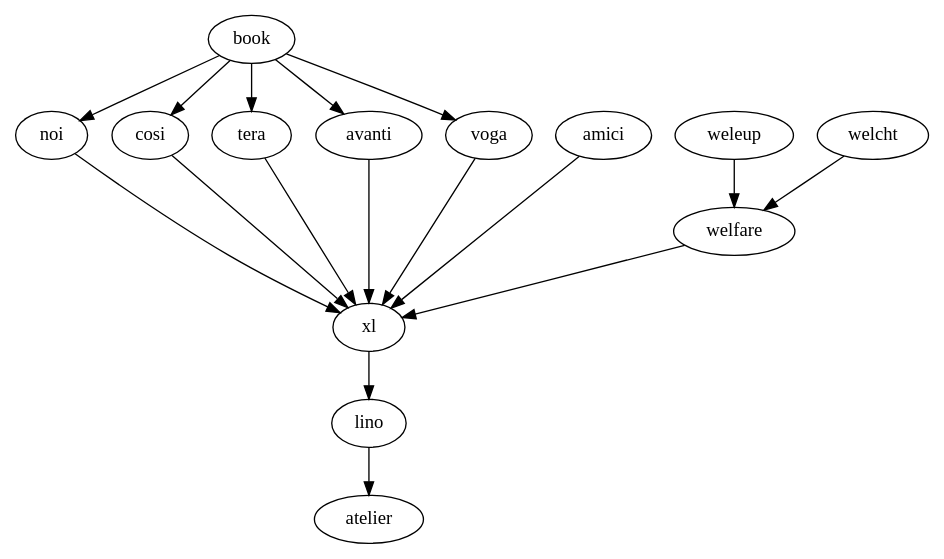
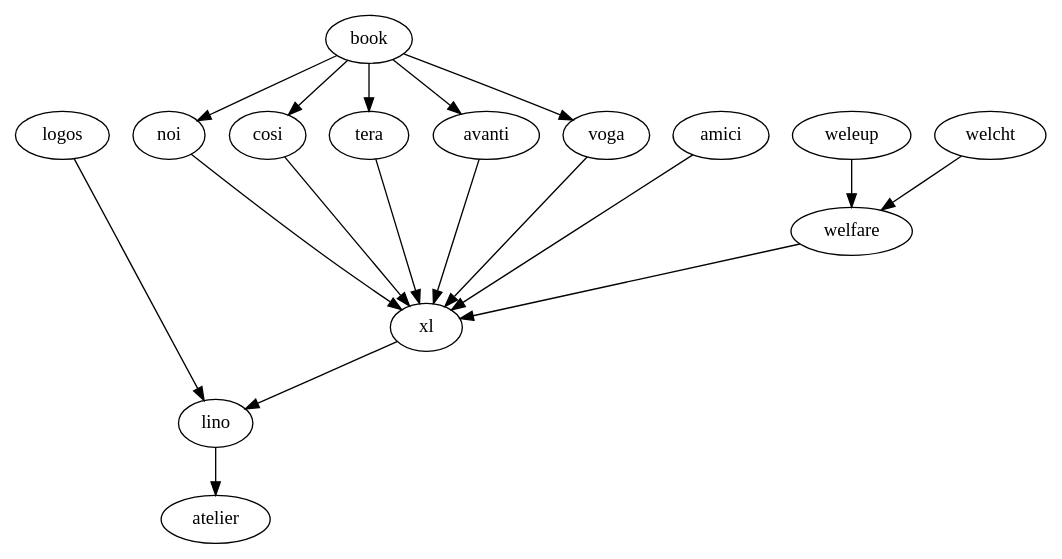
One commit to lino-framework/book changed the diagram in docs/dev/overview.rst. Above: the diagram before and after it, drawn with Graphviz. The commit also changed other lines of this file and 6 other files, not shown here.

```diff
--- a/docs/dev/overview.rst
+++ b/docs/dev/overview.rst
@@ -233,6 +150,7 @@
         tera;
         avanti;
         voga;
+        logos
         weleup;
         welcht;
         amici;
@@ -240,6 +158,7 @@
 
     lino -> atelier;
     xl -> lino;
+    logos -> lino;
     noi -> xl;
     cosi -> xl;
     tera -> xl;
```
